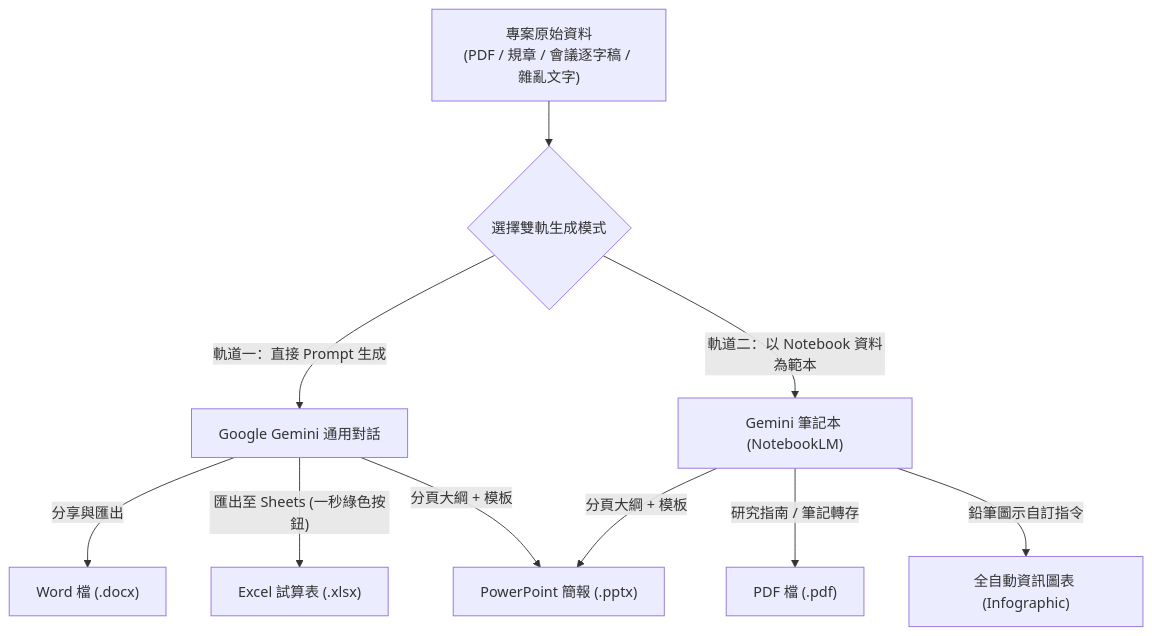
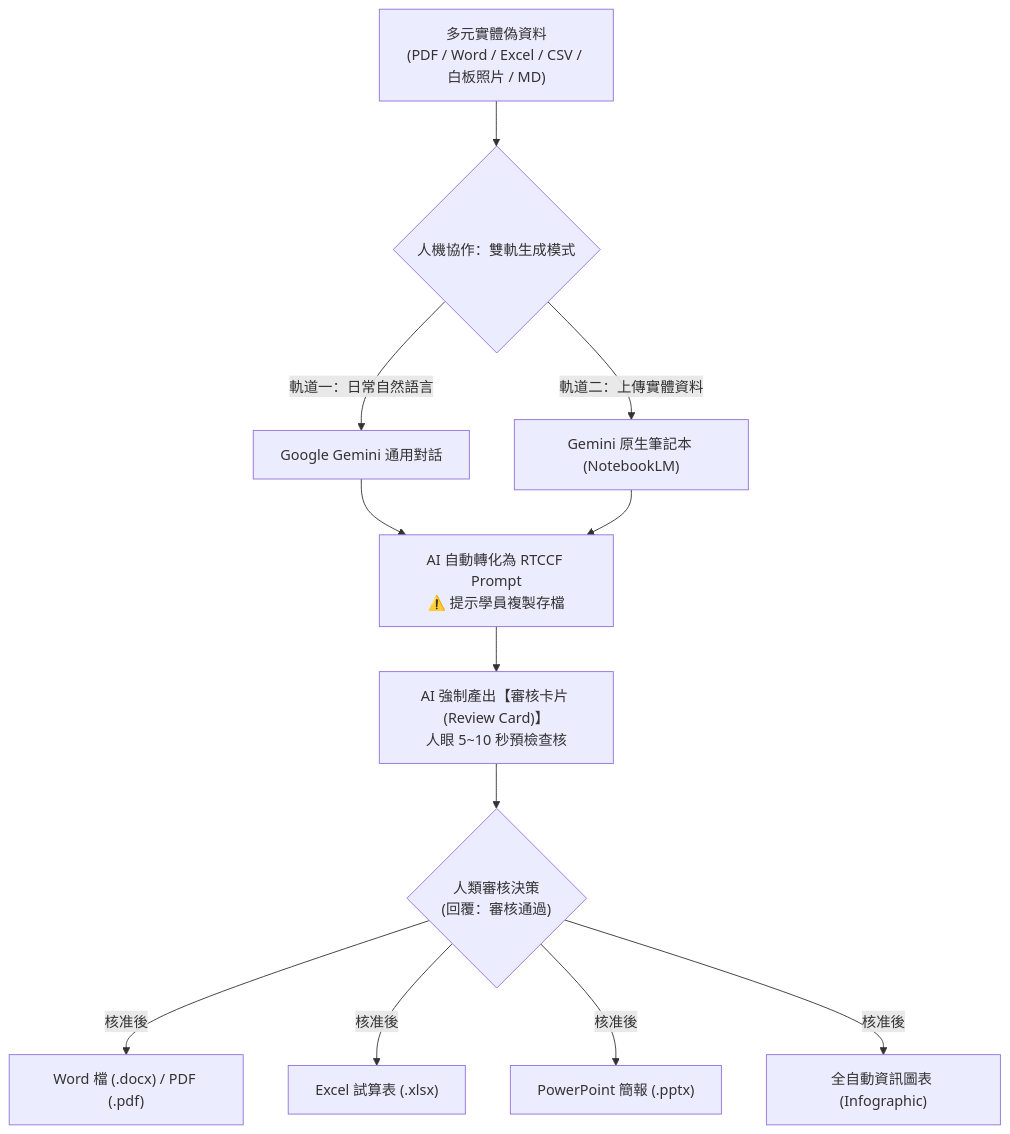
One commit to roberthsu2003/workflow-productivity changed the second of 2 diagrams in 常見的AI應用/Gemini辦公室全能應用/README.md. Above: the diagram before and after it, drawn with Mermaid. The commit also changed other lines of this file and 4 other files, not shown here.

````diff
--- a/常見的AI應用/Gemini辦公室全能應用/README.md
+++ b/常見的AI應用/Gemini辦公室全能應用/README.md
@@ -49,15 +71,16 @@
 ```mermaid
 graph TD
-    A["專案原始資料<br>(PDF / 規章 / 會議逐字稿 / 雜亂文字)"] --> B{"選擇雙軌生成模式"}
+    A["多元實體偽資料<br>(PDF / Word / Excel / CSV / 白板照片 / MD)"] --> B{"人機協作：雙軌生成模式"}
     
-    B -->|"軌道一：直接 Prompt 生成"| C["Google Gemini 通用對話"]
-    B -->|"軌道二：以 Notebook 資料為範本"| D["Gemini 筆記本 (NotebookLM)"]
+    B -->|"軌道一：日常自然語言"| C["Google Gemini 通用對話"]
+    B -->|"軌道二：上傳實體資料"| D["Gemini 原生筆記本 (NotebookLM)"]
     
-    C -->|"分享與匯出"| E["Word 檔 (.docx)"]
-    C -->|"匯出至 Sheets (一秒綠色按鈕)"| F["Excel 試算表 (.xlsx)"]
+    C & D --> E["AI 自動轉化為 RTCCF Prompt<br>⚠️ 提示學員複製存檔"]
+    E --> F["AI 強制產出【審核卡片 (Review Card)】<br>人眼 5~10 秒預檢查核"]
+    F --> G{"人類審核決策<br>(回覆：審核通過)"}
     
-    D -->|"研究指南 / 筆記轉存"| G["PDF 檔 (.pdf)"]
-    D -->|"鉛筆圖示自訂指令"| H["全自動資訊圖表 (Infographic)"]
-    
-    C & D -->|"分頁大綱 + 模板"| I["PowerPoint 簡報 (.pptx)"]
+    G -->|"核准後"| H["Word 檔 (.docx) / PDF (.pdf)"]
+    G -->|"核准後"| I["Excel 試算表 (.xlsx)"]
+    G -->|"核准後"| J["PowerPoint 簡報 (.pptx)"]
+    G -->|"核准後"| K["全自動資訊圖表 (Infographic)"]
 ```
````
